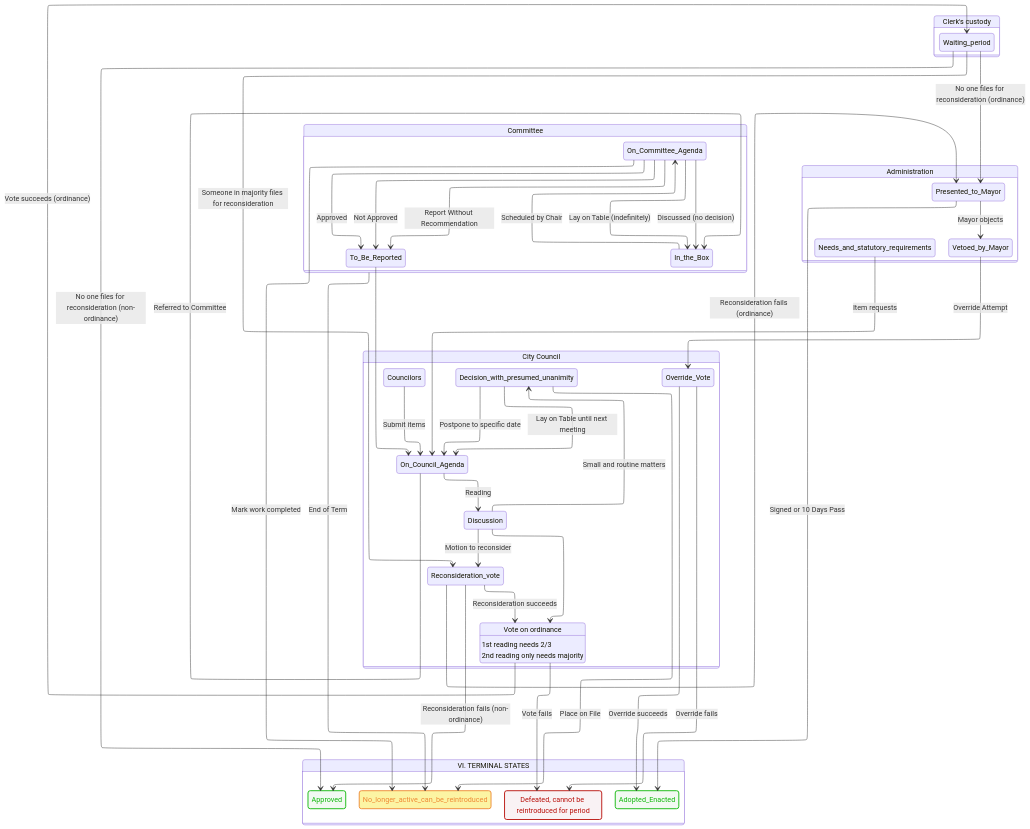
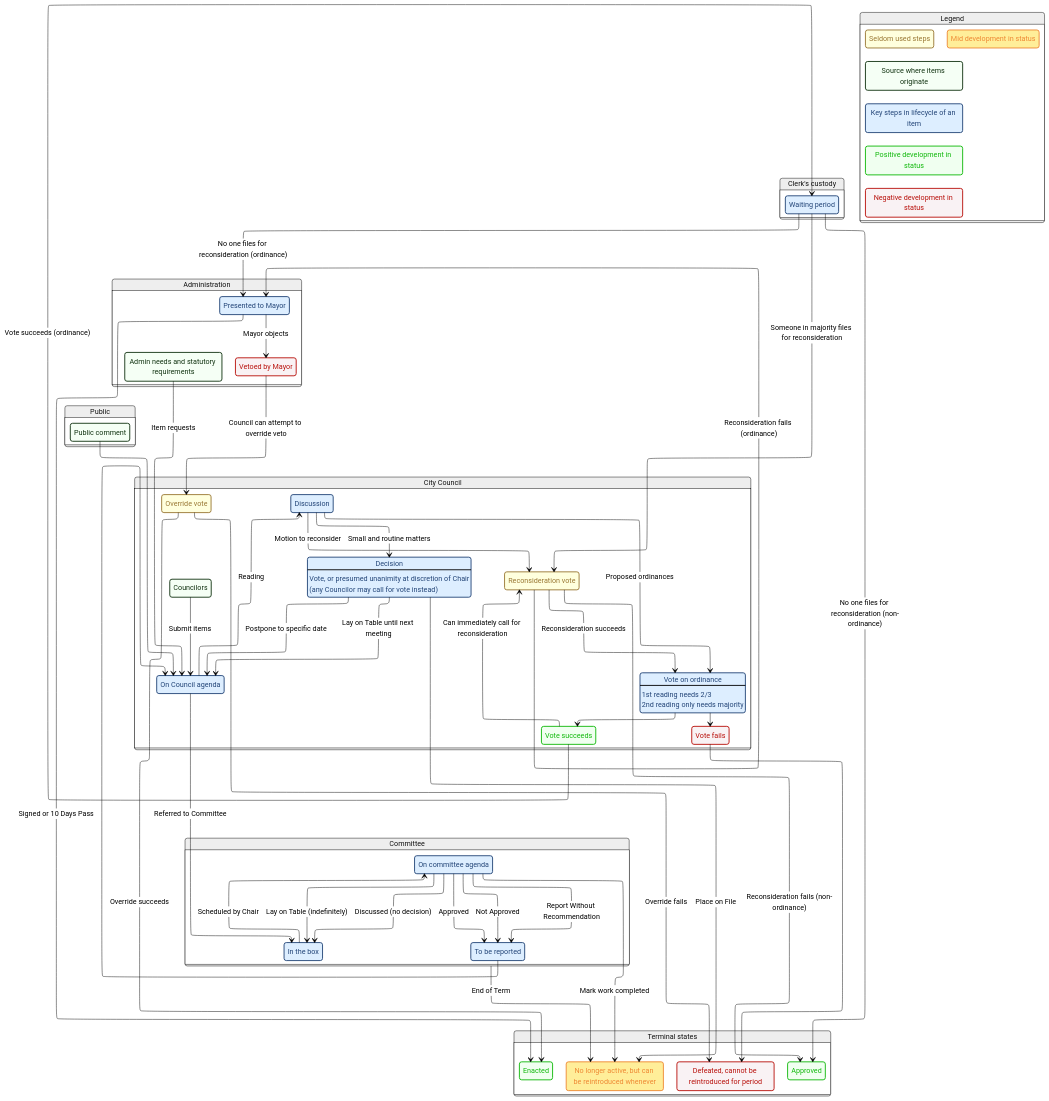
One commit to benjiwheeler/somerville-city-council-flowchart changed the diagram in flowchart.mmd. Above: the diagram before and after it, drawn with Mermaid. The commit also changed 2 other files, not shown here.

Commit message:
lots of updates to chart

```diff
--- a/flowchart.mmd
+++ b/flowchart.mmd
@@ -1,87 +1,122 @@
 ---
 config:
+  theme: neutral
   layout: elk
+  elk:
+    mergeEdges: false
+    nodePlacementStrategy: NETWORK_SIMPLEX
+
 ---
 stateDiagram
   direction TB
-  classDef finalStatusNeg fill:#f9f2f4,stroke:#b80f0a,stroke-width:2px,color:#b80f0a;
-  classDef finalStatusMid fill:#fcf4a3,stroke:#ee8833,stroke-width:2px,color:#ee8833;
-  classDef finalStatusPos fill:#f2f9f2,stroke:#0fb80a,stroke-width:2px,color:#0fb80a;
+  classDef statusNeg fill:#f9f2f4,stroke:#b80f0a,stroke-width:2px,color:#b80f0a;
+  classDef statusMid fill:#ffee99,stroke:#ee8833,stroke-width:2px,color:#ee8833;
+  classDef statusPos fill:#f0fff0,stroke:#0fb80a,stroke-width:2px,color:#0fb80a;
+  classDef origins fill:#f5fff5,stroke:#113311,stroke-width:2px,color:#113311;
+  classDef secondary fill:#ffffdd,stroke:#997733,stroke-width:2px,color:#997733;
+  classDef keySteps fill:#ddeeff,stroke:#224477,stroke-width:2px,color:#224477;
+
+  state City_Council {
+    Councilors
+    On_Council_Agenda:On Council agenda
+    Discussion
+    Decision:Decision
+    Decision:Vote, or presumed unanimity at discretion of Chair
+    Decision:(any Councilor may call for vote instead)
+    Vote_succeeds:Vote succeeds
+    Vote_fails:Vote fails
+    Reconsideration_vote:Reconsideration vote
+    Override_Vote:Override vote
+
+    On_Council_Agenda --> Discussion:Reading
+    Discussion --> Reconsideration_vote:Motion to reconsider
+    Discussion --> Decision:Small and routine matters
+    Decision --> On_Council_Agenda:Postpone to specific date
+    Decision --> On_Council_Agenda:Lay on Table until next meeting
+    Discussion --> Floor_vote:Proposed ordinances
+    Reconsideration_vote --> Floor_vote:Reconsideration succeeds
+    Floor_vote:Vote on ordinance
+    Floor_vote:1st reading needs 2/3
+    Floor_vote:2nd reading only needs majority
+    Floor_vote --> Vote_fails
+    Floor_vote --> Vote_succeeds
+    Vote_succeeds --> Reconsideration_vote:Can immediately call for reconsideration
+    Councilors --> On_Council_Agenda:Submit items
+  }
 
   state Committee_Process {
-    In_the_Box
-    To_Be_Reported
-    On_Committee_Agenda
+    In_the_Box:In the box
+    To_Be_Reported:To be reported
+    On_Committee_Agenda:On committee agenda
 
+    In_the_Box --> On_Committee_Agenda:Scheduled by Chair
     On_Committee_Agenda --> To_Be_Reported:Approved
-    In_the_Box --> On_Committee_Agenda:Scheduled by Chair
     On_Committee_Agenda --> In_the_Box:Lay on Table (indefinitely)
     On_Committee_Agenda --> In_the_Box:Discussed (no decision)
     On_Committee_Agenda --> To_Be_Reported:Not Approved
     On_Committee_Agenda --> To_Be_Reported:Report Without Recommendation
   }
 
-  state City_Council {
-    Councilors
-    On_Council_Agenda
-    Discussion
-    Decision_with_presumed_unanimity
-    Reconsideration_vote
-    Override_Vote
+  state Clerks_custody {
+    Waiting_period:Waiting period
+  }
 
-    On_Council_Agenda --> Discussion:Reading
-    Discussion --> Floor_vote
-    Discussion --> Reconsideration_vote:Motion to reconsider
-    Discussion --> Decision_with_presumed_unanimity:Small and routine matters
-    Decision_with_presumed_unanimity --> On_Council_Agenda:Postpone to specific date
-    Decision_with_presumed_unanimity --> On_Council_Agenda:Lay on Table until next meeting
-    Reconsideration_vote --> Floor_vote:Reconsideration succeeds
-    Floor_vote:Vote on ordinance
-    Floor_vote:1st reading needs 2/3
-    Floor_vote:2nd reading only needs majority
-    Councilors --> On_Council_Agenda:Submit items
-  }
-  state Clerks_custody {
-    Waiting_period
+  state Public {
+    Public_comment:Public comment
   }
 
   state Administration {
-    Presented_to_Mayor
-    Vetoed_by_Mayor
+    Presented_to_Mayor:Presented to Mayor
+    Vetoed_by_Mayor:Vetoed by Mayor
     Presented_to_Mayor --> Vetoed_by_Mayor:Mayor objects
-    Needs_and_statutory_requirements
+    Needs_and_statutory_requirements:Admin needs and statutory requirements
   }
 
   state Terminal_States {
     Approved
-    Adopted_Enacted
+    Adopted_Enacted:Enacted
     Defeated_cannot_be_reintroduced:Defeated, cannot be reintroduced for period
-    No_longer_active_can_be_reintroduced
+    No_longer_active_can_be_reintroduced:No longer active, but can be reintroduced whenever
+  }
+
+  state Legend {
+    legend_origin:Source where items originate
+    legend_secondary:Seldom used steps
+    legend_key:Key steps in lifecycle of an item
+    legend_status_pos:Positive development in status
+    legend_status_mid:Mid development in status
+    legend_status_neg:Negative development in status
   }
 
   Needs_and_statutory_requirements --> On_Council_Agenda:Item requests
   To_Be_Reported --> On_Council_Agenda
-  Floor_vote --> Waiting_period:Vote succeeds (ordinance)
+  Public_comment --> On_Council_Agenda
+
+  On_Council_Agenda --> In_the_Box:Referred to Committee
+  On_Committee_Agenda --> No_longer_active_can_be_reintroduced:Mark work completed
+  Committee_Process --> No_longer_active_can_be_reintroduced:End of Term
+  Decision --> No_longer_active_can_be_reintroduced:Place on File
+
+  Vote_fails --> Defeated_cannot_be_reintroduced
+  Vote_succeeds --> Waiting_period:Vote succeeds (ordinance)
   Waiting_period --> Presented_to_Mayor:No one files for reconsideration (ordinance)
   Waiting_period --> Approved:No one files for reconsideration (non-ordinance)
   Waiting_period --> Reconsideration_vote:Someone in majority files for reconsideration
   Reconsideration_vote --> Approved:Reconsideration fails (non-ordinance)
   Reconsideration_vote --> Presented_to_Mayor:Reconsideration fails (ordinance)
-  Floor_vote --> Defeated_cannot_be_reintroduced:Vote fails
   Presented_to_Mayor --> Adopted_Enacted:Signed or 10 Days Pass
-  Committee_Process --> No_longer_active_can_be_reintroduced:End of Term
-  On_Council_Agenda --> In_the_Box:Referred to Committee
-  On_Committee_Agenda --> No_longer_active_can_be_reintroduced:Mark work completed
-  Vetoed_by_Mayor --> Override_Vote:Override Attempt
+  Vetoed_by_Mayor --> Override_Vote:Council can attempt to override veto
   Override_Vote --> Adopted_Enacted:Override succeeds
   Override_Vote --> Defeated_cannot_be_reintroduced:Override fails
-  Decision_with_presumed_unanimity --> No_longer_active_can_be_reintroduced:Place on File
 
   Clerks_custody:Clerk's custody
   Committee_Process:Committee
   City_Council:City Council
-  Terminal_States:VI. TERMINAL STATES
+  Terminal_States:Terminal states
 
-  class Defeated_cannot_be_reintroduced finalStatusNeg
-  class No_longer_active_can_be_reintroduced finalStatusMid
-  class Adopted_Enacted,Approved finalStatusPos
+  class legend_status_neg,Defeated_cannot_be_reintroduced,Vote_fails,Vetoed_by_Mayor statusNeg
+  class legend_status_mid,No_longer_active_can_be_reintroduced statusMid
+  class legend_status_pos,Adopted_Enacted,Approved,Vote_succeeds statusPos
+  class legend_origin,Councilors,Public_comment,Needs_and_statutory_requirements origins
+  class legend_secondary,Override_Vote,Reconsideration_vote secondary
+  class legend_key,Decision,Discussion,On_Council_Agenda,Floor_vote,On_Committee_Agenda,In_the_Box,To_Be_Reported,Presented_to_Mayor,Waiting_period keySteps
```
